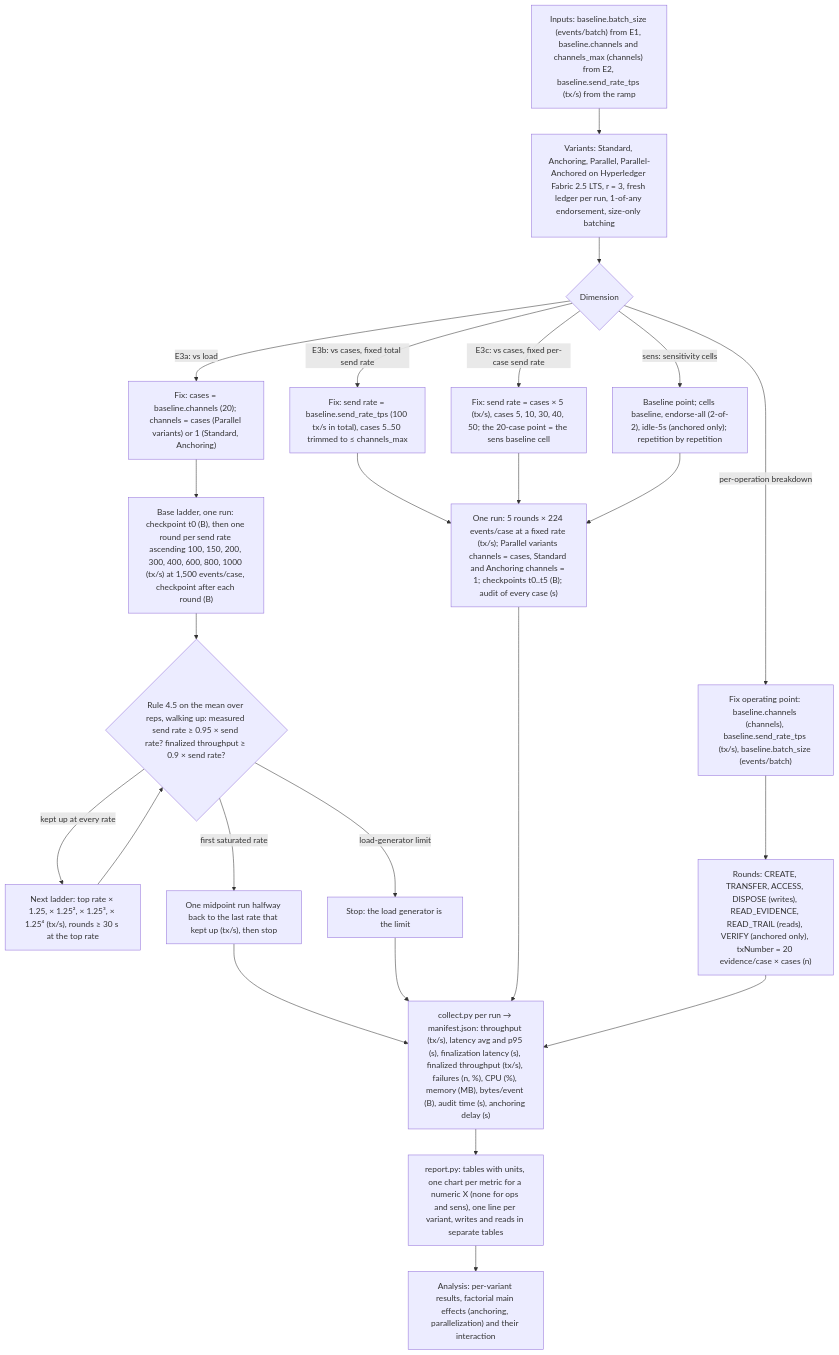
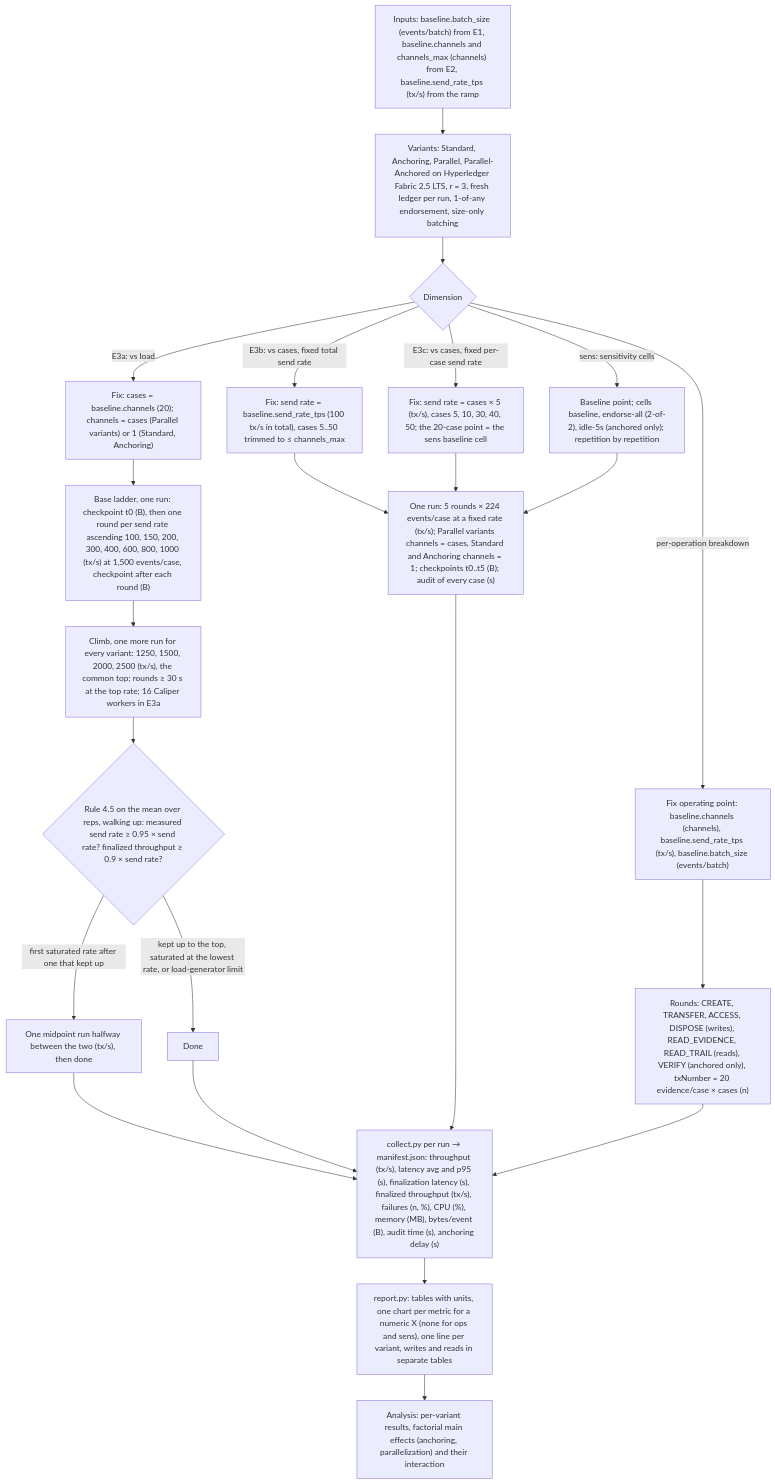
Before and after one commit to theflorist18/GLEIPNIR: the third of 3 diagrams in docs/methodology/experiments.md, drawn with Mermaid. The commit also changed other lines of this file and 11 other files, not shown here.

````diff
--- a/docs/methodology/experiments.md
+++ b/docs/methodology/experiments.md
@@ -420,26 +423,25 @@
 ```mermaid
 flowchart TD
     A["Inputs: baseline.batch_size (events/batch) from E1, baseline.channels and channels_max (channels) from E2, baseline.send_rate_tps (tx/s) from the ramp"] --> B["Variants: Standard, Anchoring, Parallel, Parallel-Anchored on Hyperledger Fabric 2.5 LTS, r = 3, fresh ledger per run, 1-of-any endorsement, size-only batching"]
     B --> C{"Dimension"}
     C -->|"E3a: vs load"| D["Fix: cases = baseline.channels (20); channels = cases (Parallel variants) or 1 (Standard, Anchoring)"]
     D --> E["Base ladder, one run: checkpoint t0 (B), then one round per send rate ascending 100, 150, 200, 300, 400, 600, 800, 1000 (tx/s) at 1,500 events/case, checkpoint after each round (B)"]
-    E --> F{"Rule 4.5 on the mean over reps, walking up: measured send rate ≥ 0.95 × send rate? finalized throughput ≥ 0.9 × send rate?"}
-    F -->|"kept up at every rate"| G["Next ladder: top rate × 1.25, × 1.25², × 1.25³, × 1.25⁴ (tx/s), rounds ≥ 30 s at the top rate"]
-    G --> F
-    F -->|"first saturated rate"| H["One midpoint run halfway back to the last rate that kept up (tx/s), then stop"]
-    F -->|"load-generator limit"| I["Stop: the load generator is the limit"]
+    E --> G["Climb, one more run for every variant: 1250, 1500, 2000, 2500 (tx/s), the common top; rounds ≥ 30 s at the top rate; 16 Caliper workers in E3a"]
+    G --> F{"Rule 4.5 on the mean over reps, walking up: measured send rate ≥ 0.95 × send rate? finalized throughput ≥ 0.9 × send rate?"}
+    F -->|"first saturated rate after one that kept up"| H["One midpoint run halfway between the two (tx/s), then done"]
+    F -->|"kept up to the top, saturated at the lowest rate, or load-generator limit"| I["Done"]
     C -->|"E3b: vs cases, fixed total send rate"| J["Fix: send rate = baseline.send_rate_tps (100 tx/s in total), cases 5..50 trimmed to ≤ channels_max"]
     C -->|"E3c: vs cases, fixed per-case send rate"| K["Fix: send rate = cases × 5 (tx/s), cases 5, 10, 30, 40, 50; the 20-case point = the sens baseline cell"]
     C -->|"sens: sensitivity cells"| L["Baseline point; cells baseline, endorse-all (2-of-2), idle-5s (anchored only); repetition by repetition"]
     J --> M["One run: 5 rounds × 224 events/case at a fixed rate (tx/s); Parallel variants channels = cases, Standard and Anchoring channels = 1; checkpoints t0..t5 (B); audit of every case (s)"]
     K --> M
     L --> M
     C -->|"per-operation breakdown"| N["Fix operating point: baseline.channels (channels), baseline.send_rate_tps (tx/s), baseline.batch_size (events/batch)"]
     N --> O["Rounds: CREATE, TRANSFER, ACCESS, DISPOSE (writes), READ_EVIDENCE, READ_TRAIL (reads), VERIFY (anchored only), txNumber = 20 evidence/case × cases (n)"]
     H --> P["collect.py per run → manifest.json: throughput (tx/s), latency avg and p95 (s), finalization latency (s), finalized throughput (tx/s), failures (n, %), CPU (%), memory (MB), bytes/event (B), audit time (s), anchoring delay (s)"]
     I --> P
     M --> P
     O --> P
     P --> Q["report.py: tables with units, one chart per metric for a numeric X (none for ops and sens), one line per variant, writes and reads in separate tables"]
     Q --> R["Analysis: per-variant results, factorial main effects (anchoring, parallelization) and their interaction"]
 ```
````
